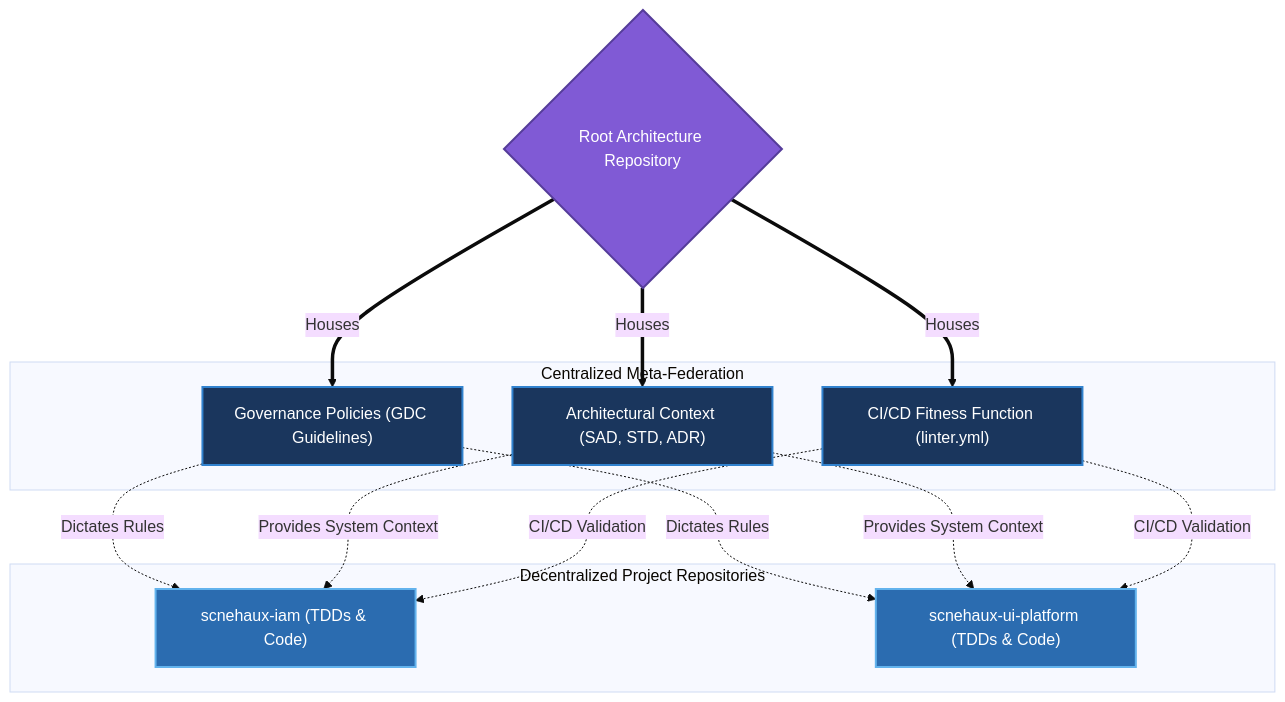
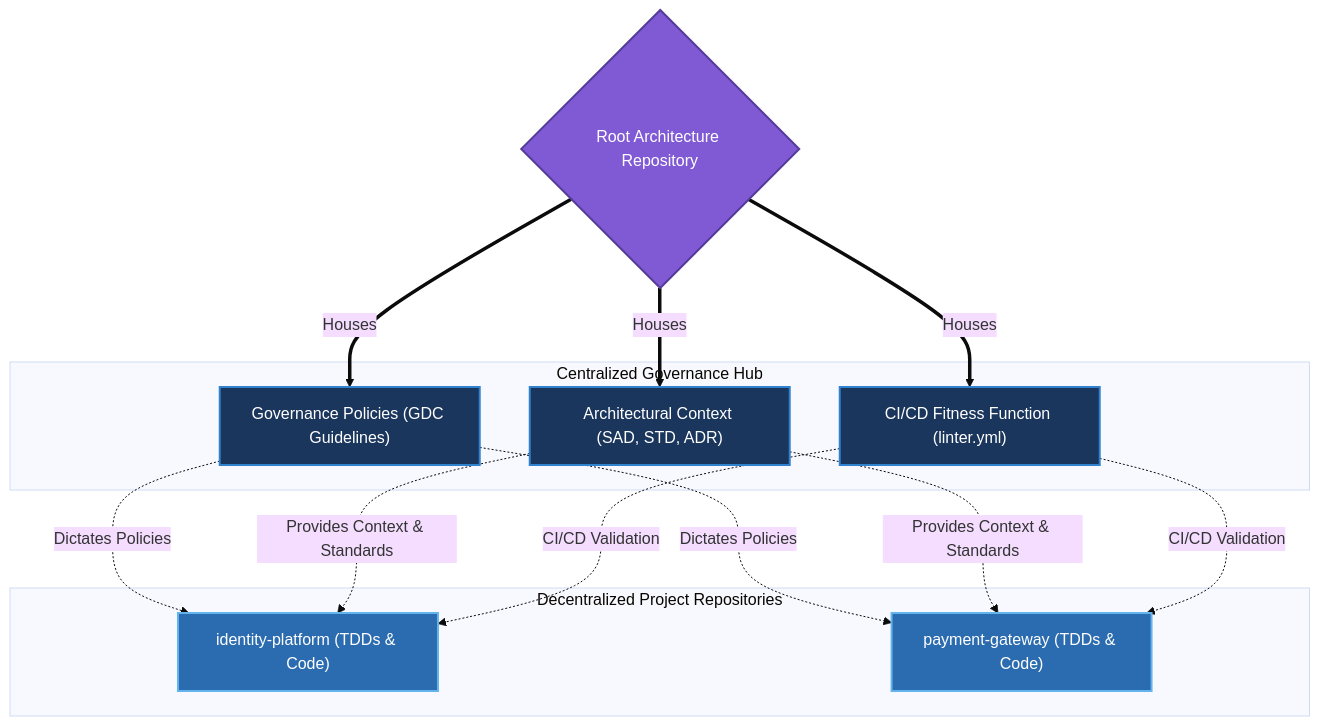
The first of 4 diagrams in 00-governance/GDC-000-governance-policy.md (anshacerbia2/scnehaux-architecture), drawn with Mermaid (base theme) before and after one commit. The commit also changed other lines of this file and 137 other files, not shown here.

Commit message:
Update governance guidelines and schemas

```diff
--- a/00-governance/GDC-000-governance-policy.md
+++ b/00-governance/GDC-000-governance-policy.md
@@ -92,35 +134,35 @@
 ~~~mermaid
 graph TD
     Root{"Root Architecture Repository"}
 
-    subgraph Hub ["Centralized Meta-Federation"]
+    subgraph Hub ["Centralized Governance Hub"]
         Policies["Governance Policies (GDC Guidelines)"]
         Docs["Architectural Context (SAD, STD, ADR)"]
         Engine["CI/CD Fitness Function (linter.yml)"]
     end
 
     subgraph Spokes ["Decentralized Project Repositories"]
-        Project1["scnehaux-iam (TDDs & Code)"]
-        Project2["scnehaux-ui-platform (TDDs & Code)"]
+        Project1["identity-platform (TDDs & Code)"]
+        Project2["payment-gateway (TDDs & Code)"]
     end
 
     Root ==>|Houses| Policies
     Root ==>|Houses| Docs
     Root ==>|Houses| Engine
 
-    Policies -.->|Dictates Rules| Project1
-    Policies -.->|Dictates Rules| Project2
+    Policies -.->|Dictates Policies| Project1
+    Policies -.->|Dictates Policies| Project2
 
-    Docs -.->|Provides System Context| Project1
-    Docs -.->|Provides System Context| Project2
+    Docs -.->|Provides Context & Standards| Project1
+    Docs -.->|Provides Context & Standards| Project2
 
     Engine -.->|CI/CD Validation| Project1
     Engine -.->|CI/CD Validation| Project2
 
     style Root fill:#805ad5,stroke:#553c9a,stroke-width:2px,color:#fff
     style Policies fill:#1a365d,stroke:#3182ce,stroke-width:2px,color:#fff
     style Docs fill:#1a365d,stroke:#3182ce,stroke-width:2px,color:#fff
     style Engine fill:#1a365d,stroke:#3182ce,stroke-width:2px,color:#fff
     style Project1 fill:#2b6cb0,stroke:#63b3ed,stroke-width:2px,color:#fff
     style Project2 fill:#2b6cb0,stroke:#63b3ed,stroke-width:2px,color:#fff
 ~~~
```
